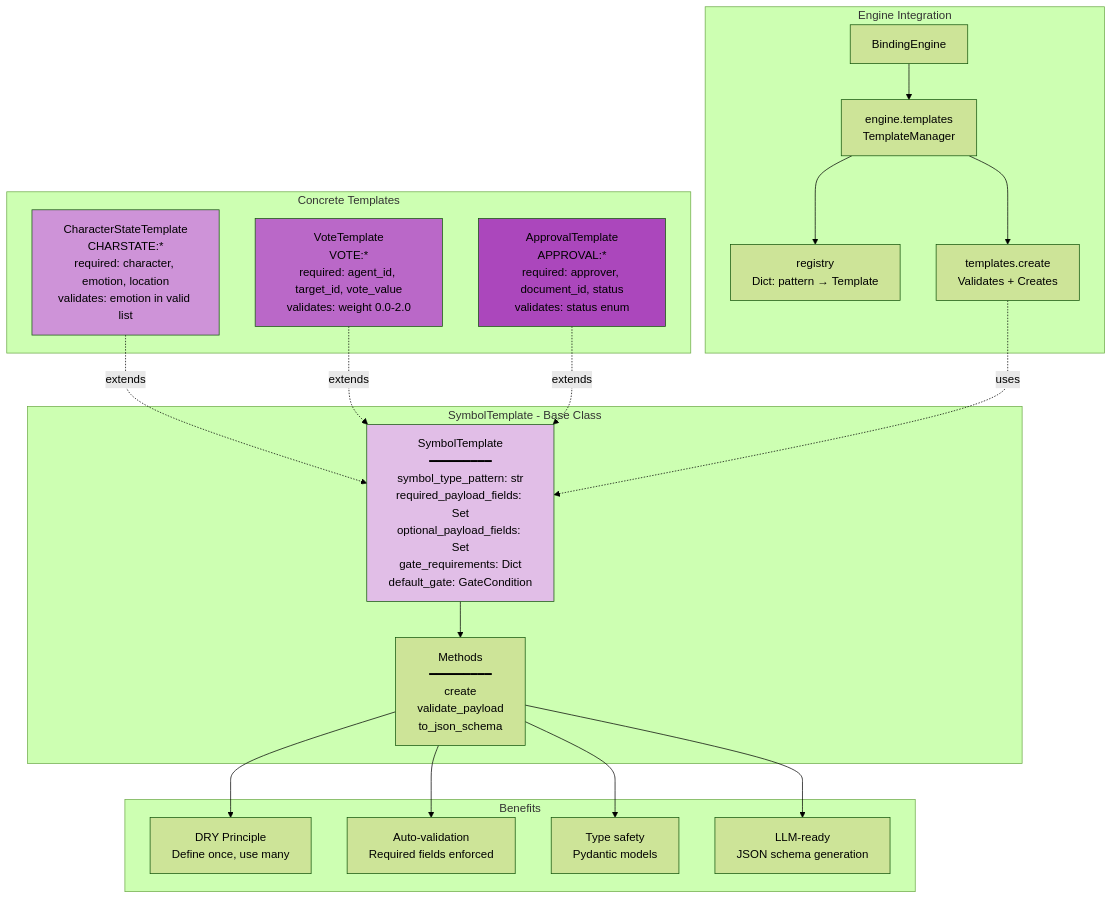
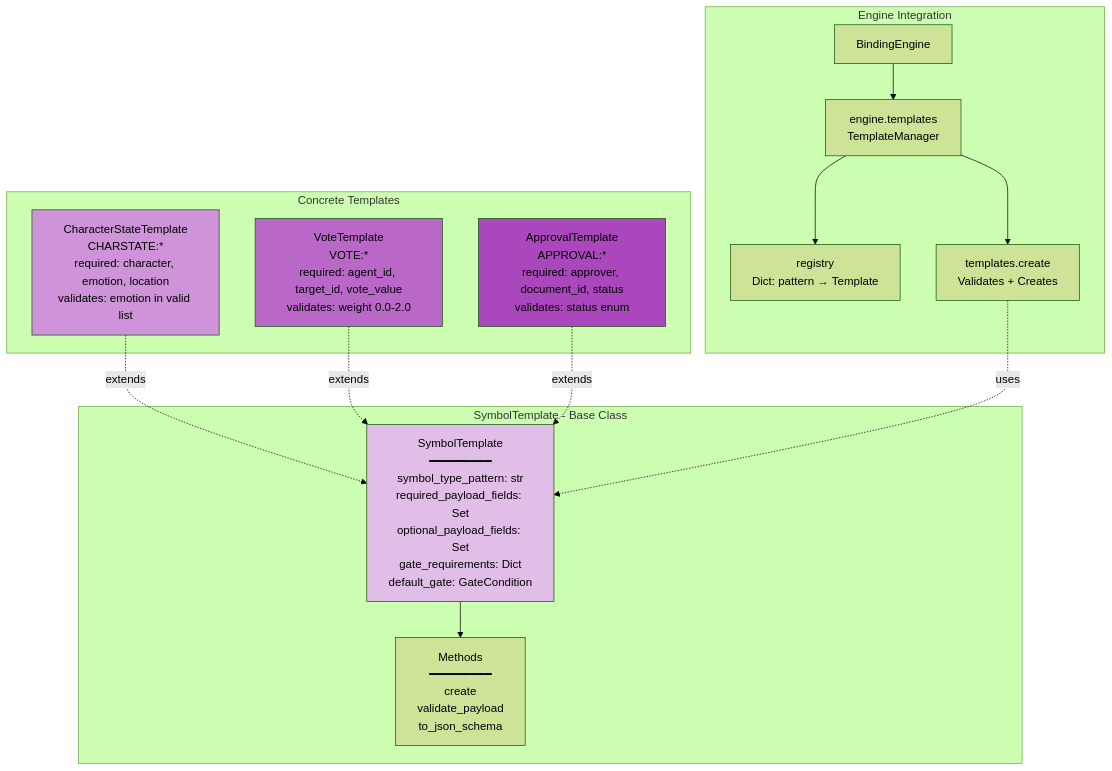
Before and after one commit to bindlang/bindlang: the diagram in docs/diagrams/template-system.md, drawn with Mermaid (forest theme). The commit also changed other lines of this file and 7 other files, not shown here.

Commit message:
Clean up documentation and fix diagram rendering

````diff
--- a/docs/diagrams/template-system.md
+++ b/docs/diagrams/template-system.md
@@ -5,53 +5,41 @@
 ```mermaid
 graph TB
     subgraph "SymbolTemplate - Base Class"
         BaseT[SymbolTemplate<br/>━━━━━━━━━<br/>symbol_type_pattern: str<br/>required_payload_fields: Set<br/>optional_payload_fields: Set<br/>gate_requirements: Dict<br/>default_gate: GateCondition]
 
         Methods[Methods<br/>━━━━━━━━━<br/>create<br/>validate_payload<br/>to_json_schema]
 
         BaseT --> Methods
     end
 
     subgraph "Concrete Templates"
         CharT[CharacterStateTemplate<br/>CHARSTATE:*<br/>required: character, emotion, location<br/>validates: emotion in valid list]
 
         VoteT[VoteTemplate<br/>VOTE:*<br/>required: agent_id, target_id, vote_value<br/>validates: weight 0.0-2.0]
 
         ApprovalT[ApprovalTemplate<br/>APPROVAL:*<br/>required: approver, document_id, status<br/>validates: status enum]
 
         CharT -.extends.-> BaseT
         VoteT -.extends.-> BaseT
         ApprovalT -.extends.-> BaseT
     end
 
     subgraph "Engine Integration"
         Engine2[BindingEngine]
         TManager[engine.templates<br/>TemplateManager]
         TRegistry[registry<br/>Dict: pattern → Template]
 
         CreateMethod[templates.create<br/>Validates + Creates]
 
         Engine2 --> TManager
         TManager --> TRegistry
         TManager --> CreateMethod
 
         CreateMethod -.uses.-> BaseT
     end
 
-    subgraph "Benefits"
-        B1[DRY Principle<br/>Define once, use many]
-        B2[Auto-validation<br/>Required fields enforced]
-        B3[Type safety<br/>Pydantic models]
-        B4[LLM-ready<br/>JSON schema generation]
-    end
-
-    Methods --> B1
-    Methods --> B2
-    Methods --> B3
-    Methods --> B4
-
-    style BaseT fill:#E1BEE7
-    style CharT fill:#CE93D8
-    style VoteT fill:#BA68C8
-    style ApprovalT fill:#AB47BC
+    style BaseT fill:#E1BEE7,color:#000
+    style CharT fill:#CE93D8,color:#000
+    style VoteT fill:#BA68C8,color:#000
+    style ApprovalT fill:#AB47BC,color:#000
 ```
````
